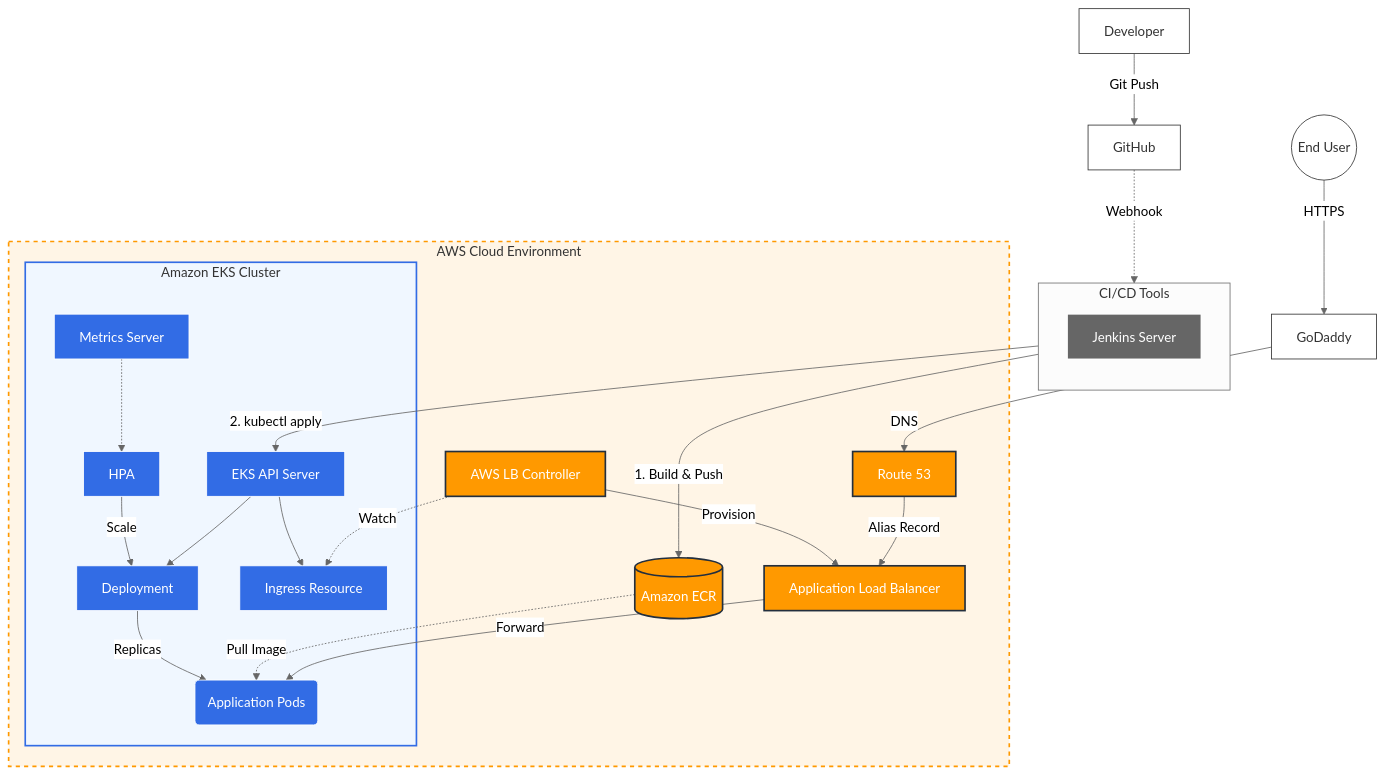
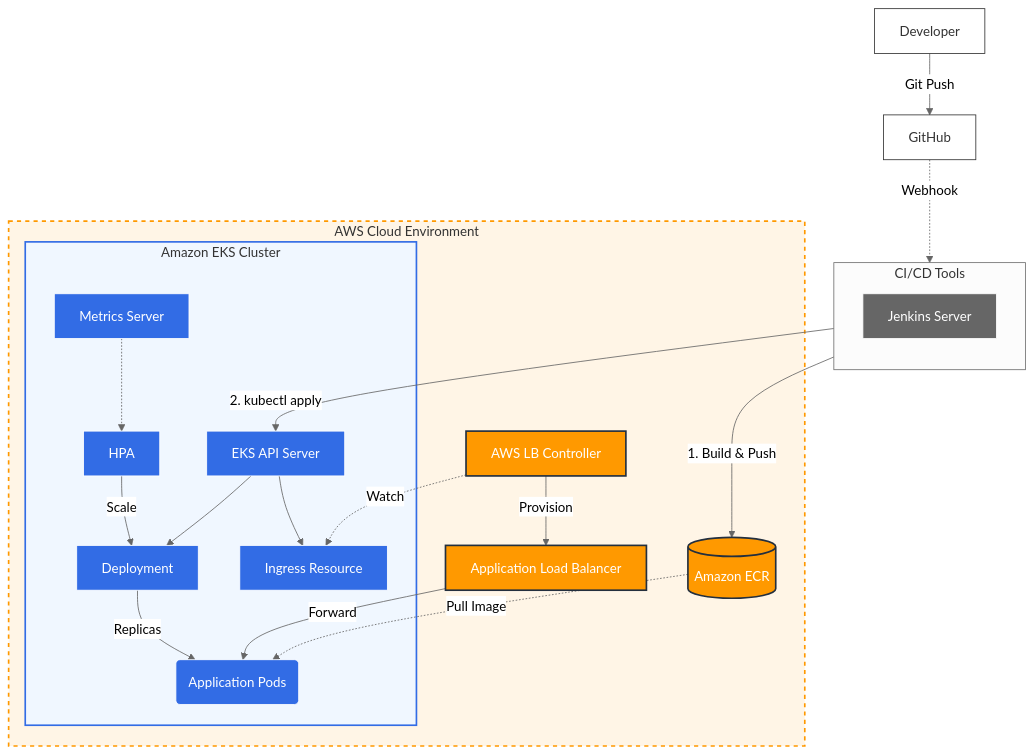
Before and after one commit to jamesstop1201/DevopsFlow: the diagram in README.md, drawn with Mermaid (neutral theme). The commit also changed other lines of this file and 2 other files, not shown here.

Commit message:
更改readme

````diff
--- a/README.md
+++ b/README.md
@@ -12,71 +13,71 @@
 ``` mermaid 
 graph TD
     %% --- 樣式定義區 ---
     %% AWS Core: 橘底白字
     classDef aws fill:#FF9900,stroke:#232F3E,stroke-width:2px,color:#fff;
     %% K8s Core: 藍底白字
     classDef k8s fill:#326CE5,stroke:#fff,stroke-width:1px,color:#fff;
     %% CI/CD: 灰色底
     classDef cicd fill:#666,stroke:#fff,stroke-width:1px,color:#fff;
     %% External: 白底黑字 (在深色模式也會強制顯示白底以保持清晰)
     classDef ext fill:#ffffff,stroke:#333,stroke-width:1px,color:#333;
 
     %% --- 外部角色 ---
     Dev[Developer] -->|Git Push| Git[GitHub]
-    User((End User)) -->|HTTPS| GD[GoDaddy]
+%%     User((End User)) -->|HTTPS| GD[GoDaddy]
 
     Git -.->|Webhook| Jen
 
     subgraph CI_CD_Pipeline [CI/CD Tools]
         direction TB
         Jen[Jenkins Server]
     end
 
     %% --- AWS 雲端環境區塊 ---
     subgraph AWS_Cloud [AWS Cloud Environment]
         %% 使用 Hex Code 修正 rgba 錯誤，#fff5e6 是極淺橘色
         style AWS_Cloud fill:#fff5e6,stroke:#FF9900,stroke-width:2px,stroke-dasharray: 5 5
         
         ECR[(Amazon ECR)]
         
         %% EKS 叢集
         subgraph EKS_Cluster [Amazon EKS Cluster]
             %% #f0f7ff 是極淺藍色
             style EKS_Cluster fill:#f0f7ff,stroke:#326CE5,stroke-width:2px
             
             EKS_API[EKS API Server]
             Deploy[Deployment]
             Pods(Application Pods)
             
             Metrics[Metrics Server] -.-> HPA[HPA]
             HPA -->|Scale| Deploy
             Deploy -->|Replicas| Pods
             Ingress[Ingress Resource]
         end
 
         LBC[AWS LB Controller]
         ALB[Application Load Balancer]
-        R53[Route 53]
+      %%   R53[Route 53]
 
         %% 互動線條
         Jen -->|1. Build & Push| ECR
         Jen -->|2. kubectl apply| EKS_API
         EKS_API --> Deploy
         EKS_API --> Ingress
         
         ECR -.->|Pull Image| Pods
         
         LBC -.->|Watch| Ingress
         LBC -->|Provision| ALB
-        R53 -->|Alias Record| ALB
+      %%   R53 -->|Alias Record| ALB
         ALB -->|Forward| Pods
     end
 
-    GD -->|DNS| R53
+%%     GD -->|DNS| R53
 
     %% --- 應用樣式 ---
     class Dev,Git,GD,User ext;
     class Jen cicd;
     class ECR,ALB,R53,LBC aws;
     class EKS_API,Deploy,Pods,HPA,Ingress,Metrics k8s;
 ```
````
